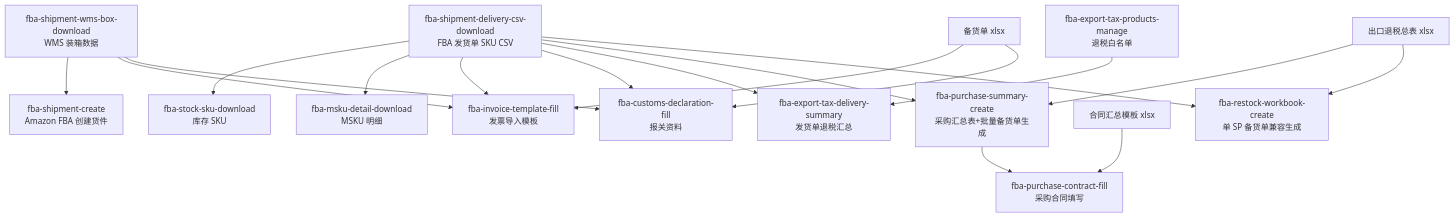
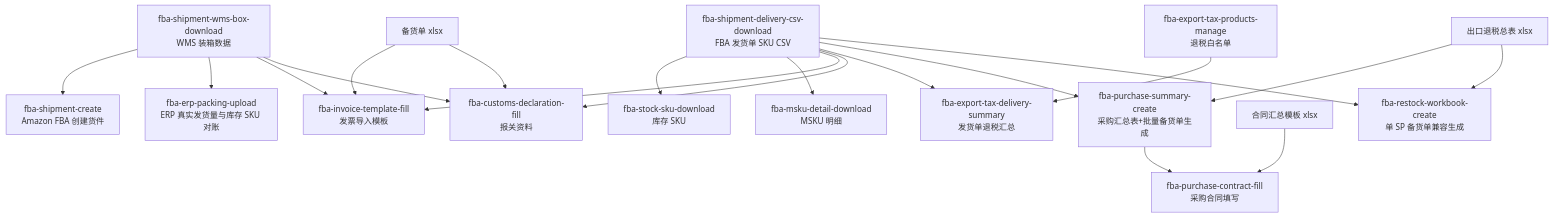
The diagram in skills/fba-workflow-map/SKILL.md (LXE123/LXE_AGENT), drawn with Mermaid before and after one commit. The commit also changed other lines of this file and 15 other files, not shown here.

Commit message:
feat: add ERP packing upload skill

````diff
--- a/skills/fba-workflow-map/SKILL.md
+++ b/skills/fba-workflow-map/SKILL.md
@@ -25,22 +25,23 @@
 ```mermaid
 flowchart TD
   A["fba-shipment-delivery-csv-download<br/>FBA 发货单 SKU CSV"] --> B["fba-stock-sku-download<br/>库存 SKU"]
   A --> C["fba-msku-detail-download<br/>MSKU 明细"]
   A --> D["fba-invoice-template-fill<br/>发票导入模板"]
 
   E["fba-shipment-wms-box-download<br/>WMS 装箱数据"] --> F["fba-shipment-create<br/>Amazon FBA 创建货件"]
+  E --> R["fba-erp-packing-upload<br/>ERP 真实发货量与库存 SKU 对账"]
   E --> D
   L["备货单 xlsx"] --> D
   A --> H["fba-customs-declaration-fill<br/>报关资料"]
   E --> H["fba-customs-declaration-fill<br/>报关资料"]
   L["备货单 xlsx"] --> H
 
   A --> I["fba-export-tax-delivery-summary<br/>发货单退税汇总"]
   J["fba-export-tax-products-manage<br/>退税白名单"] --> I
   A --> M["fba-purchase-summary-create<br/>采购汇总表+批量备货单生成"]
   N["出口退税总表 xlsx"] --> M
   M --> P["fba-purchase-contract-fill<br/>采购合同填写"]
   Q["合同汇总模板 xlsx"] --> P
   A --> O["fba-restock-workbook-create<br/>单 SP 备货单兼容生成"]
   N --> O
 ```
````
